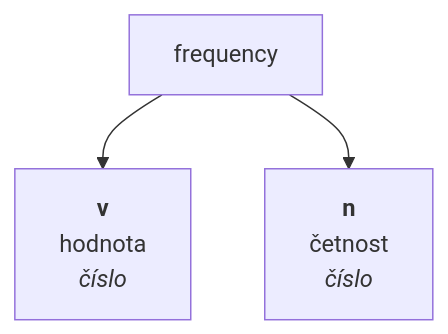
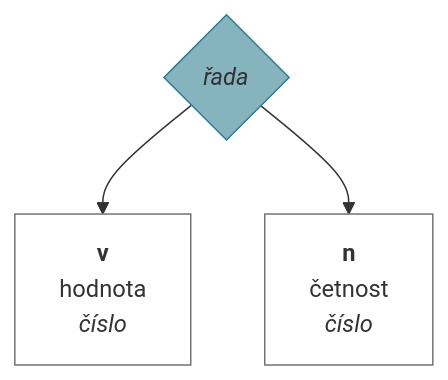
Before and after one commit to muzikp/retusa: diagram 15 of 23 in docs/cs-CZ/vector.md, drawn with Mermaid. The commit also changed other lines of this file and 17 other files, not shown here.

````diff
--- a/docs/cs-CZ/vector.md
+++ b/docs/cs-CZ/vector.md
@@ -440,6 +494,13 @@
 ```mermaid
 graph TD
+frequency{<i>řada</i>}
+style frequency fill:#85B3BE;
+style frequency stroke:#2E7C8F;
 frequency --> v[<b>v</b><br>hodnota <br><i>číslo</i>]
+style v fill:#FFFFFF;
+style v stroke:#75716F;
 frequency --> n[<b>n</b><br>četnost <br><i>číslo</i>]
+style n fill:#FFFFFF;
+style n stroke:#75716F;
 
 ```
````
